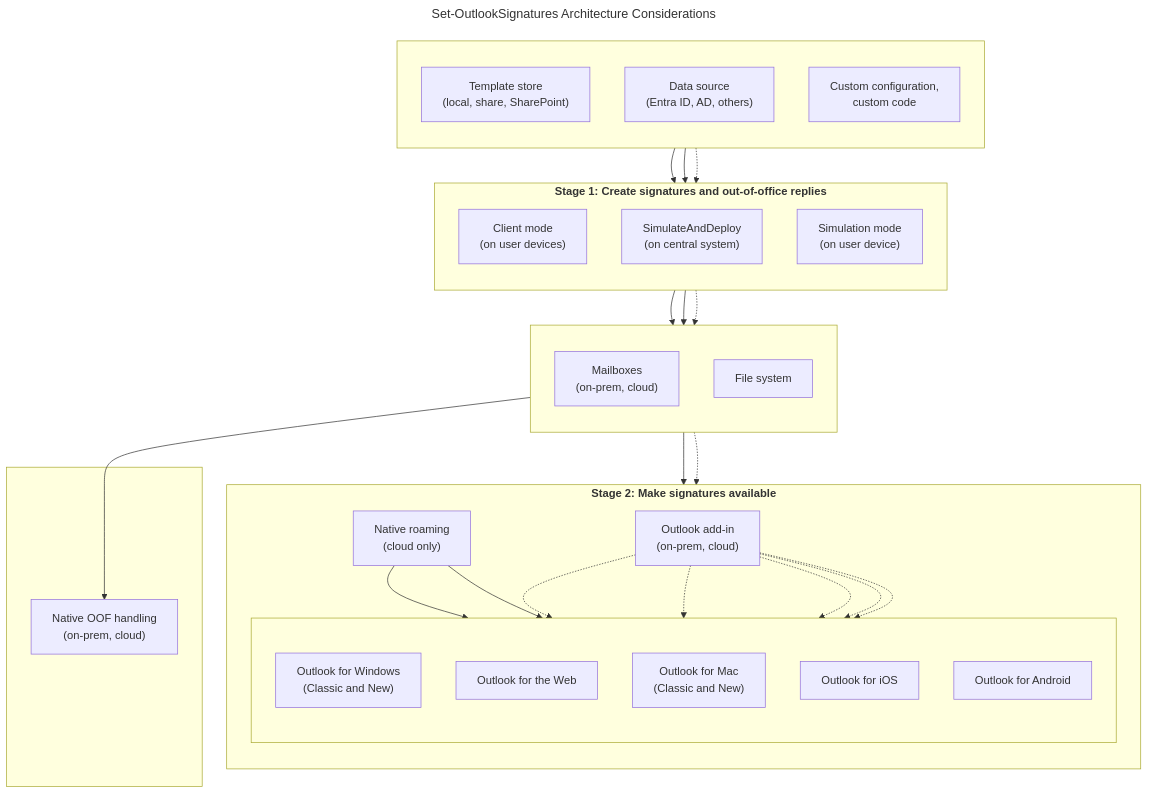
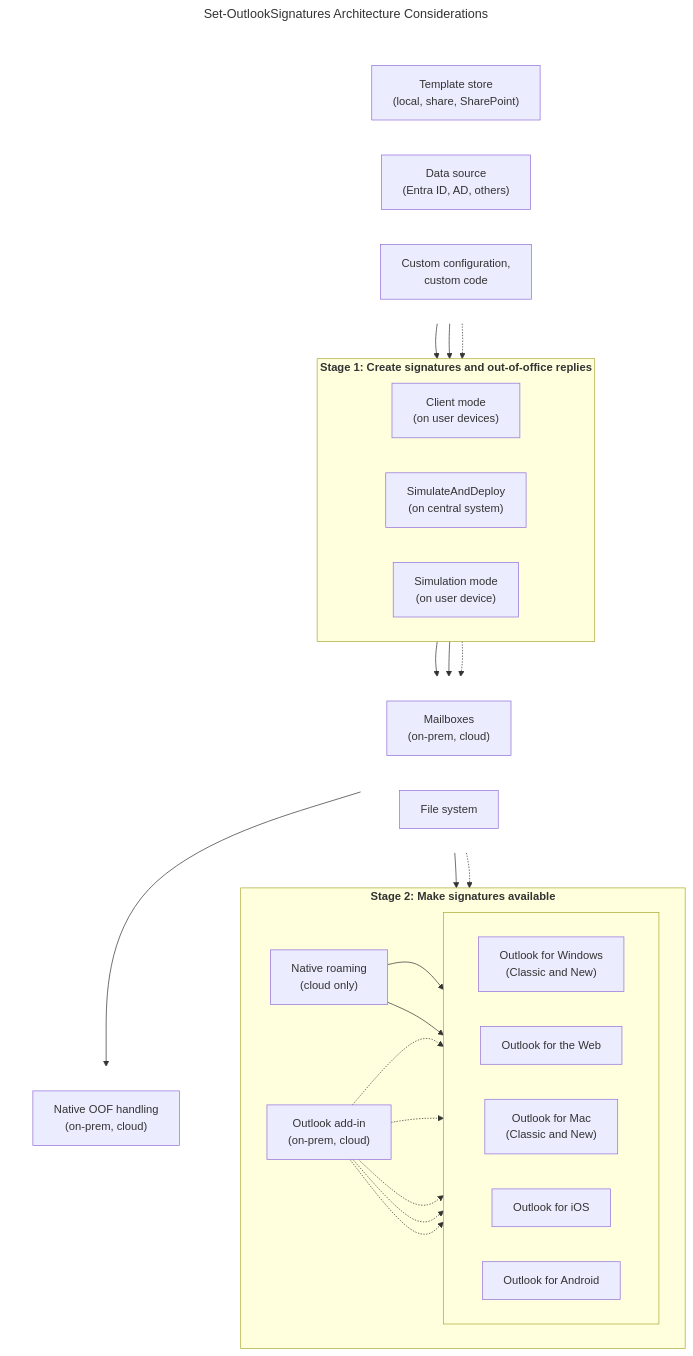
One commit to ExplicITConsulting/set-outlooksignatures.com changed the first of 2 diagrams in details.en.md. Above: the diagram before and after it, drawn with Mermaid.

Commit message:
docs(details): refactor architecture diagram spacing

````diff
--- a/details.en.md
+++ b/details.en.md
@@ -100,76 +100,60 @@
 ```mermaid
 ---
 title: Set-OutlookSignatures Architecture Considerations
 ---
 flowchart TB
-  classDef invisible fill:none,stroke:none;
-
+  templatestore --> gen
+  datasource --> gen
+  config -.-> gen
+  clientmode --> mailbox
+  simulateanddeploy --> mailbox
+  simulate -.-> filesystem
+  mailbox --> roam
+  mailbox --> oof
+  mailbox -.-> addin
+  roam --> WinOutlook
+  roam --> WebOutlook
+  addin -.-> WinOutlook
+  addin -.-> WebOutlook
+  addin -.-> Mac
+  addin -.-> iOS
+  addin -.-> Android
   subgraph inputs [" "]
-    direction TB
-
+    direction LR
     templatestore["Template store<br/>(local, share, SharePoint)"]
     datasource["Data source<br/>(Entra ID, AD, others)"]
     config["Custom configuration,<br/>custom code"]
   end
-
   subgraph gen ["<b>Stage 1: Create signatures and out-of-office replies</b>"]
-    direction TB
-
+    direction LR
     clientmode["Client mode<br>(on user devices)"]
     simulateanddeploy["SimulateAndDeploy<br>(on central system)"]
     simulate["Simulation mode<br>(on user device)"]
   end
-
   subgraph mid [" "]
-    direction TB
-
+    direction LR
     mailbox["Mailboxes<br>(on-prem, cloud)"]
     filesystem["File system"]
   end
-
   subgraph avail ["<b>Stage 2: Make signatures available</b>"]
-    direction TB
-
+    direction LR
     roam["Native roaming<br>(cloud only)"]
     addin["Outlook add-in<br>(on-prem, cloud)"]
-
     subgraph outlookeditions [" "]
-      direction TB
-
+      direction LR
       WinOutlook["Outlook for Windows<br>(Classic and New)"]
       WebOutlook["Outlook for the Web"]
       Mac["Outlook for Mac<br>(Classic and New)"]
       iOS["Outlook for iOS"]
       Android["Outlook for Android"]
     end
   end
-
   subgraph oofbox[" "]
+    direction LR
     oof["Native OOF handling<br>(on-prem, cloud)"]
   end
-
-  templatestore --> gen
-  datasource --> gen
-  config -.-> gen
-
-  clientmode --> mailbox
-  simulateanddeploy --> mailbox
-  simulate -.-> filesystem
-
-  mailbox --> roam
-  mailbox --> oof
-  mailbox -.-> addin
-
-  roam --> WinOutlook
-  roam --> WebOutlook
-
-  addin -.-> WinOutlook
-  addin -.-> WebOutlook
-  addin -.-> Mac
-  addin -.-> iOS
-  addin -.-> Android
-
-  %% class oofbox invisible;
-  %% class inputs invisible;
-  %% class mid invisible;
+  classDef invisible fill:none,stroke:none;
+  class oofbox invisible;
+  class inputs invisible;
+  class mid invisible;
 ```
````
